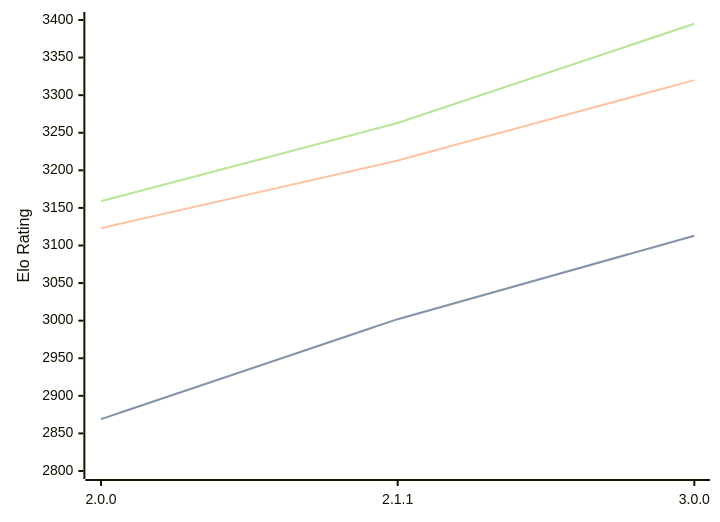
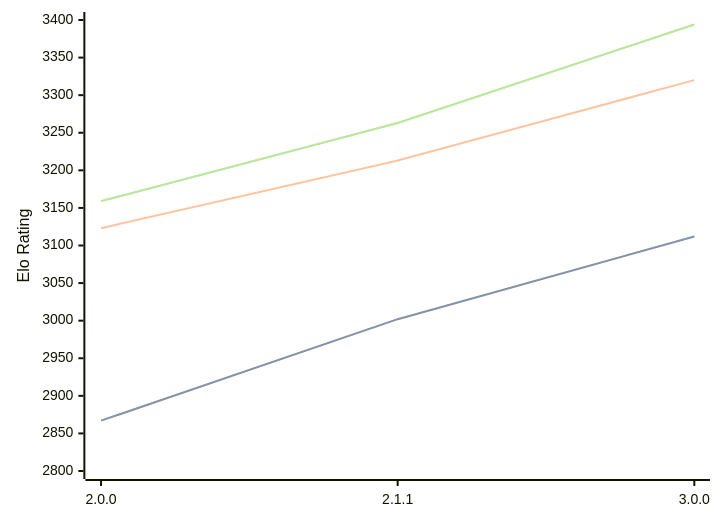
The diagram in engines/Bread.md (computer-chess-index/cci), drawn with Mermaid before and after one commit. The commit also changed other lines of this file, not shown here.

Commit message:
Update CCI Ratings (ELO VLTC) - 2026-10-01

````diff
--- a/engines/Bread.md
+++ b/engines/Bread.md
@@ -36,11 +36,11 @@
 ```mermaid
 %%{init: {"theme":"base","themeVariables":{"seriesColors:['#a3a3a3','#222221','#faa371']}}}%%
 xychart-beta
   x-axis ["2.0.0", "2.1.1", "3.0.0"]
   y-axis "Elo Rating" 2800 --> 3400
-  line "" [2869, 3002, 3113]
-  line "STC (8.0+0.08s)" [2869, 3002, 3113]
+  line "" [2867, 3002, 3112]
+  line "STC (8.0+0.08s)" [2867, 3002, 3112]
   line "LTC (60.0+0.60s)" [3123, 3213, 3320]
-  line "" [3159, 3263, 3395]
-  line "VLTC (2m24s+1.12s)" [3159, 3263, 3395]
+  line "" [3159, 3263, 3394]
+  line "VLTC (2m24s+1.12s)" [3159, 3263, 3394]
 ```
````
